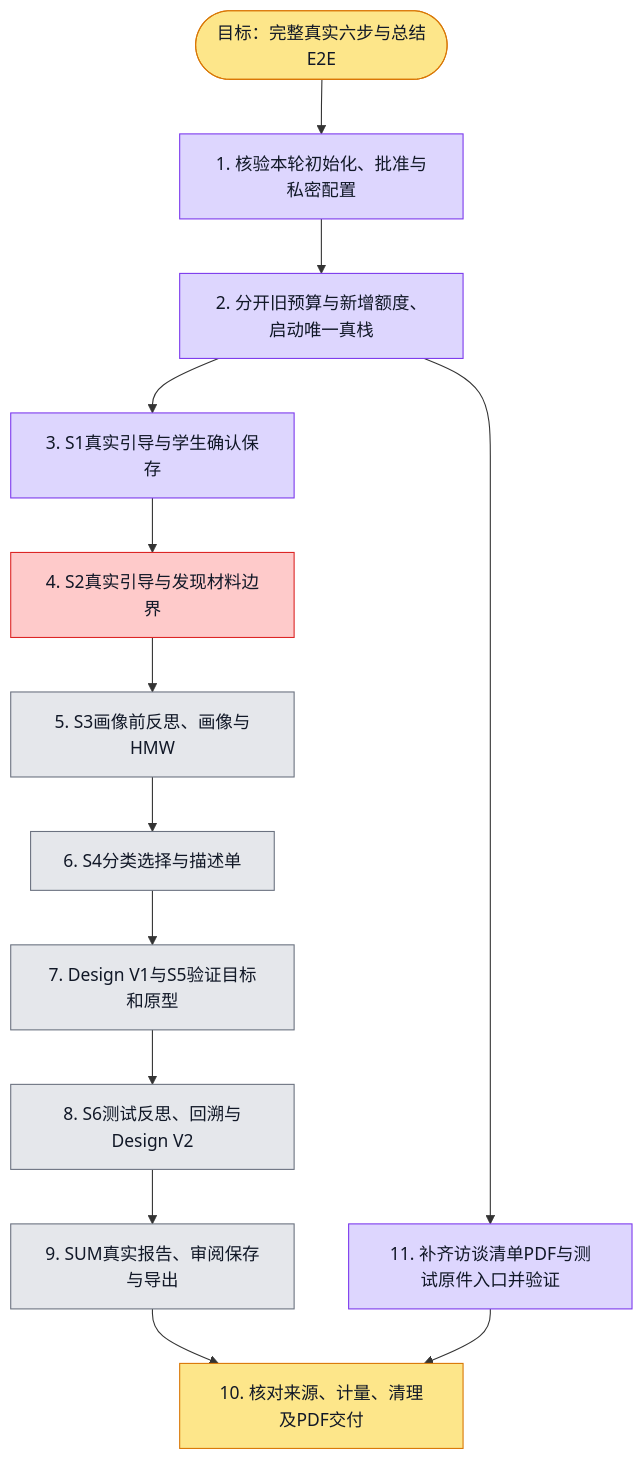
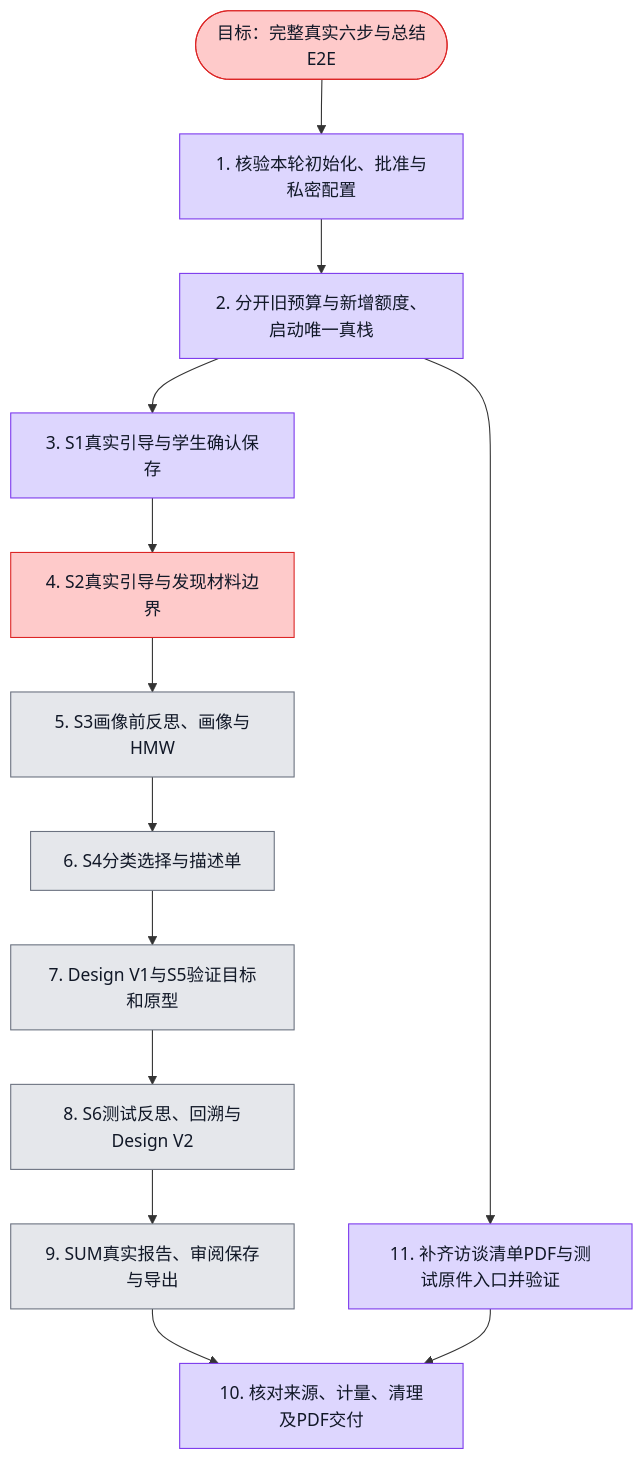
One commit to boardx/workspacex changed the diagram in docs/evidence/aidt-native/real-model-completion-20261116/execution.plan.md. Above: the diagram before and after it, drawn with Mermaid. The commit also changed 4 other files, not shown here.

````diff
--- a/docs/evidence/aidt-native/real-model-completion-20261116/execution.plan.md
+++ b/docs/evidence/aidt-native/real-model-completion-20261116/execution.plan.md
@@ -17,42 +17,44 @@
 ```mermaid
 flowchart TD
   G([目标：完整真实六步与总结E2E])
   E[1. 核验本轮初始化、批准与私密配置]
   C[2. 分开旧预算与新增额度、启动唯一真栈]
   U1[3. S1真实引导与学生确认保存]
   U2[4. S2真实引导与发现材料边界]
   U3[5. S3画像前反思、画像与HMW]
   U4[6. S4分类选择与描述单]
   P[7. Design V1与S5验证目标和原型]
   U6[8. S6测试反思、回溯与Design V2]
   R[9. SUM真实报告、审阅保存与导出]
   V[10. 核对来源、计量、清理及PDF交付]
   F[11. 补齐访谈清单PDF与测试原件入口并验证]
 
   G --> E --> C --> U1 --> U2 --> U3 --> U4 --> P --> U6 --> R --> V
   C --> F --> V
 
   classDef todo fill:#e5e7eb,stroke:#6b7280,color:#111827
   classDef doing fill:#fde68a,stroke:#d97706,color:#111827
   classDef done fill:#bbf7d0,stroke:#16a34a,color:#111827
   classDef tested fill:#ddd6fe,stroke:#7c3aed,color:#111827
   classDef blocked fill:#fecaca,stroke:#dc2626,color:#111827
 
-  class G doing
+  class G blocked
+  %% blocked G: 新增S2唯一actualrun失败；CA透传已修且HTTP可达，但模型未重新验收，独立max1耗尽且2pending未知占款保留；后续5原生与2Design依赖前序未执行，不自动重跑
   class E tested
   %% evidence E: 本轮用户批准新增S1一次与Design两任务；init日志/tmp/aidt-paid-init-20261116.log实际exit0；旧预算hash未变
   class C tested
   %% evidence C: A5追加私有QA canonical不可变版本428d072b，A1独立15组数据/旧版本/旧消息/快照/权限/账目与两预算hash全不变；默认指针换新，所有执行器0，新Web健康。此非普通发布API或修复后教学通过。
   class U1 tested
   %% evidence U1: 真实Playwright S1 attempt02 1passed18.7s；run68880459-6de1-43a8-a909-0a969f03a7a8实际message-dispatch-observed，学生重写/保存与freshlogin；attempt01仅grep0测试失败保留
   class U2 blocked
   %% blocked U2: 新增一次S2 actualrun40539aa6 MODEL_CALL_FAILED；独立预算1/1已占、按约定停止不重发；来源精确与隔离审计过但无回复/学生新保存。2physical失败、pending2预留86.29测试credits，用量未知；执行器已关闭，不改账，连接原因诊断中
   class U3 todo
   class U4 todo
   class P todo
   class U6 todo
   class R todo
-  class V doing
+  class V tested
+  %% evidence V: 本轮final-cleanup normalexit0、自有容器卷网/13端口租约slot清0，未知financial状态保全不改账；源码Libraryv7/PDFv6已guarded保存，PDF27页非空/无越界/字体嵌入，Library页1/24/27回读通过；完整模型E2E仍U2失败
   class F tested
   %% evidence F: ec5ff2e9d新构建真实Playwright两场2passed10.1s：采纳清单实际PDF字节/文字/字体/视觉，新S6真实TXT与PNG上传回读、保存重登、同org非成员与错project404；A4相关52单测及全WebTS0。
 ```
````
